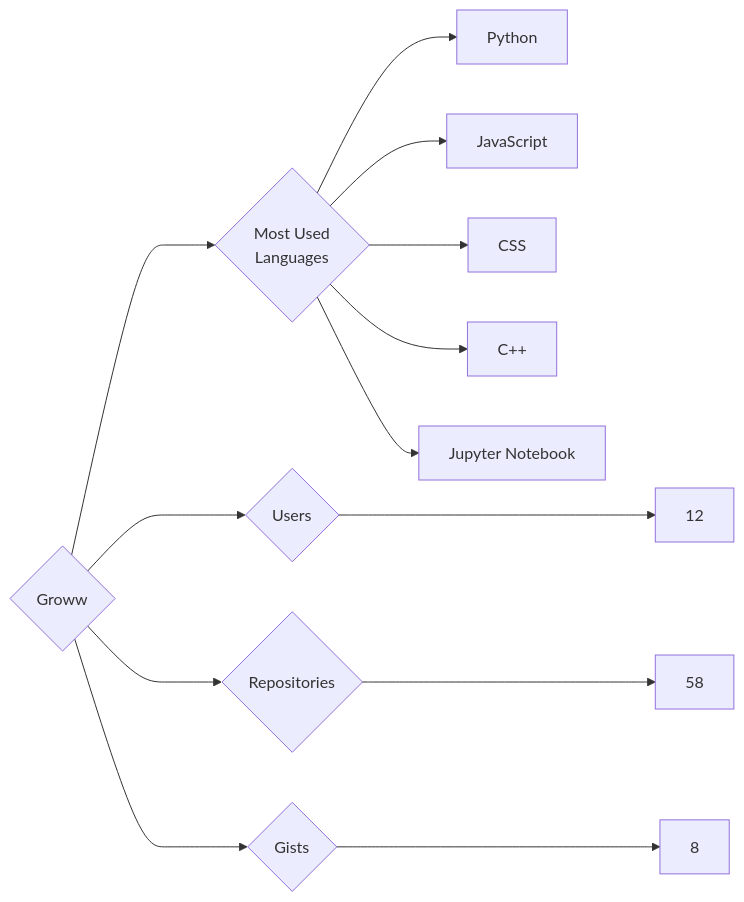
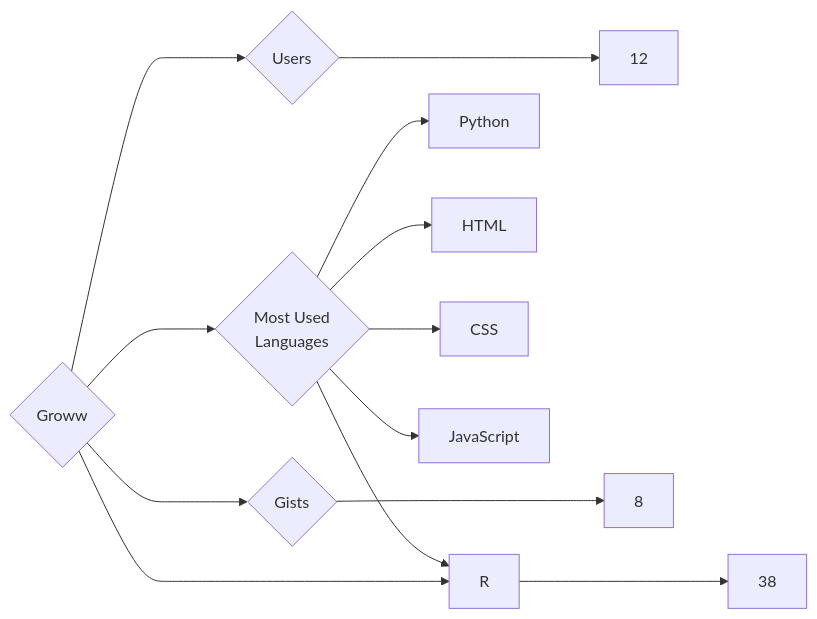
One commit to trickest/insiders changed the diagram in targets/Groww/README.md. Above: the diagram before and after it, drawn with Mermaid. The commit also changed 1055 other files, not shown here.

````diff
--- a/targets/Groww/README.md
+++ b/targets/Groww/README.md
@@ -3,13 +3,13 @@
 ```mermaid
 graph LR
 COMPANY_NAME{Groww}
 COMPANY_NAME ---> U{Users} ---> UN[12]
-COMPANY_NAME ---> R{Repositories} ---> RN[58]
+COMPANY_NAME ---> R{Repositories} ---> RN[38]
 COMPANY_NAME ---> G{Gists} ---> GN[8]
 COMPANY_NAME ---> ML{Most Used<br>Languages}
 ML --> Python[Python]
+ML --> HTML[HTML]
+ML --> CSS[CSS]
 ML --> JavaScript[JavaScript]
-ML --> CSS[CSS]
-ML --> C++[C++]
-ML --> Jupyter_Notebook[Jupyter Notebook]
+ML --> R[R]
 ```
````
